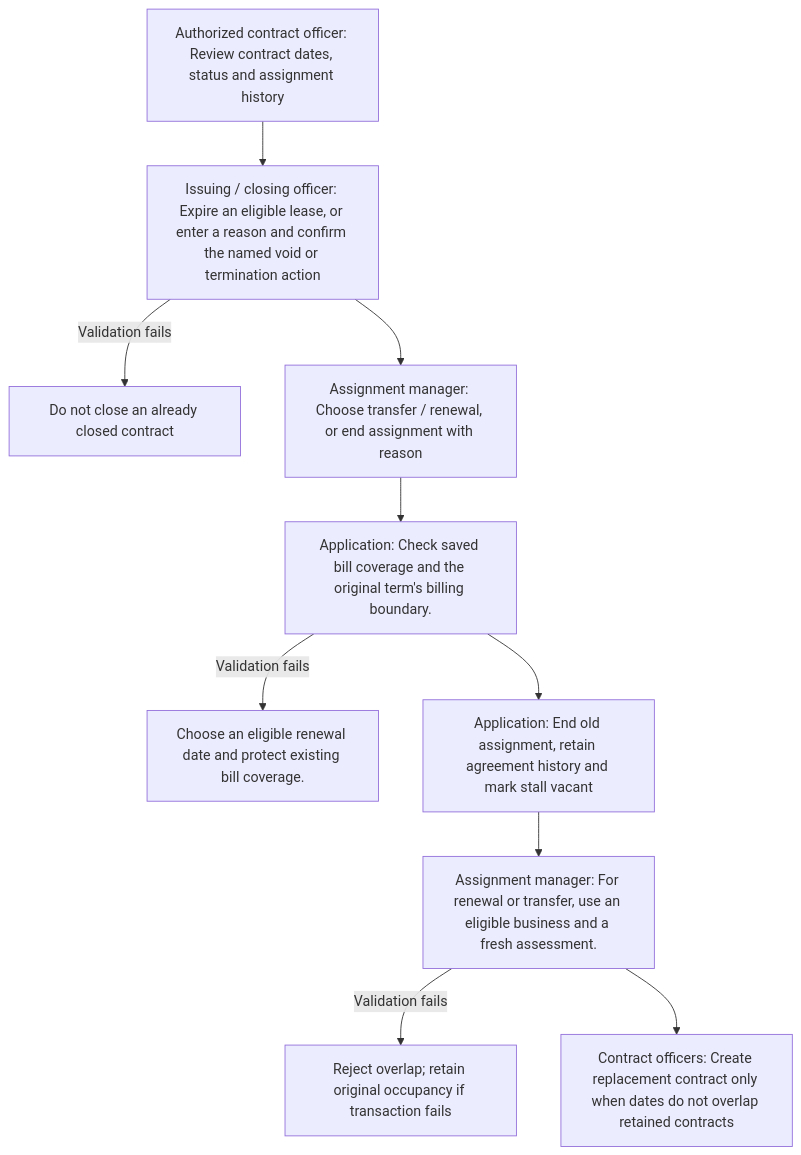
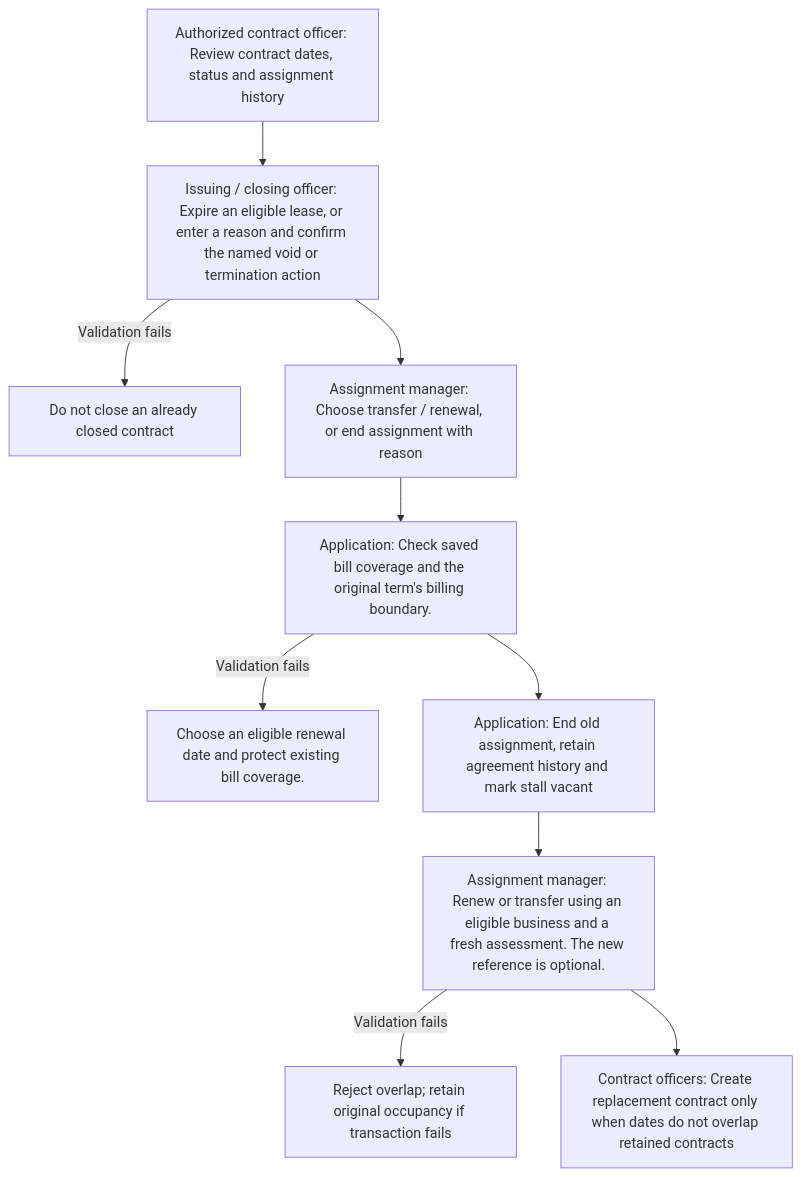
One commit to byte-vnz/markethub changed the diagram in docs/user-manual/workflows/07-renewal-termination.mmd. Above: the diagram before and after it, drawn with Mermaid. The commit also changed 170 other files, not shown here.

Commit message:
Support v04 lease templates and optional assignment details

```diff
--- a/docs/user-manual/workflows/07-renewal-termination.mmd
+++ b/docs/user-manual/workflows/07-renewal-termination.mmd
@@ -1,17 +1,17 @@
 flowchart TD
     N0["Authorized contract officer: Review contract dates, status and assignment history"]
     N1["Issuing / closing officer: Expire an eligible lease, or enter a reason and confirm the named void or termination action"]
     N0 --> N1
     N1 -->|Validation fails| F1["Do not close an already closed contract"]
     N2["Assignment manager: Choose transfer / renewal, or end assignment with reason"]
     N1 --> N2
     N3["Application: Check saved bill coverage and the original term's billing boundary."]
     N2 --> N3
     N3 -->|Validation fails| F3["Choose an eligible renewal date and protect existing bill coverage."]
     N4["Application: End old assignment, retain agreement history and mark stall vacant"]
     N3 --> N4
-    N5["Assignment manager: For renewal or transfer, use an eligible business and a fresh assessment."]
+    N5["Assignment manager: Renew or transfer using an eligible business and a fresh assessment. The new reference is optional."]
     N4 --> N5
     N5 -->|Validation fails| F5["Reject overlap; retain original occupancy if transaction fails"]
     N6["Contract officers: Create replacement contract only when dates do not overlap retained contracts"]
     N5 --> N6
```
